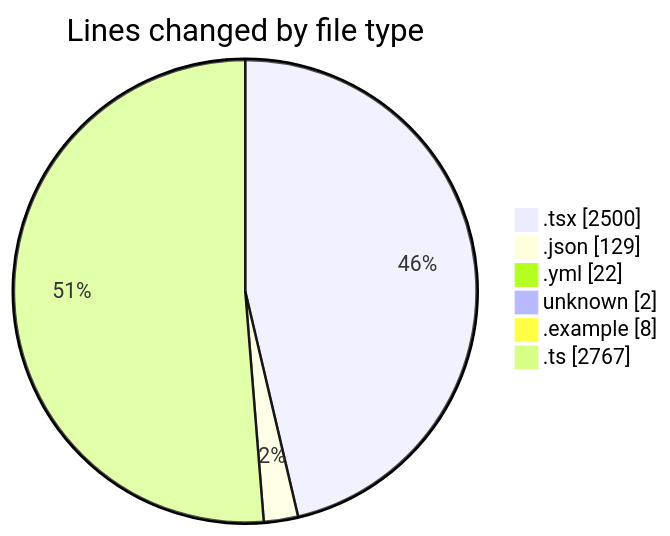
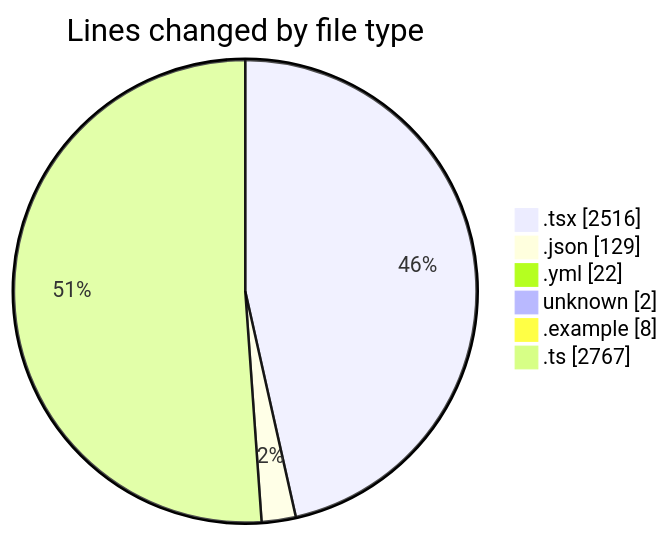
Before and after one commit to julien-gomy/code-tracking: the first of 2 diagrams in 2025-11-21/eventscop-frontend-guide__workspace_/README.md, drawn with Mermaid. The commit also changed other lines of this file and 1 other file, not shown here.

````diff
--- a/2025-11-21/eventscop-frontend-guide__workspace_/README.md
+++ b/2025-11-21/eventscop-frontend-guide__workspace_/README.md
@@ -58,10 +58,10 @@
 ```mermaid
 pie showData
 title Lines changed by file type
-".tsx" : 2500
+".tsx" : 2516
 ".json" : 129
 ".yml" : 22
 "unknown" : 2
 ".example" : 8
 ".ts" : 2767
 ```
````
